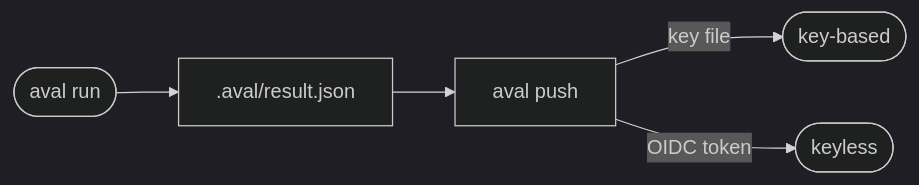
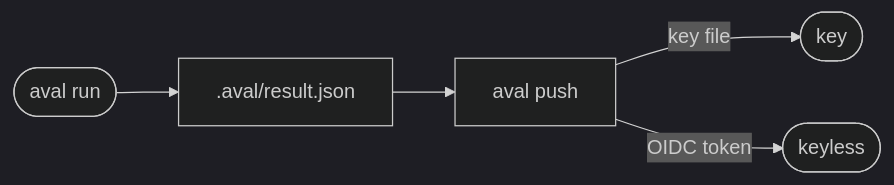
One commit to TrianaLab/aval changed the diagram in docs/guides/signing.md. Above: the diagram before and after it, drawn with Mermaid (dark theme). The commit also changed other lines of this file and 151 other files, not shown here.

````diff
--- a/docs/guides/signing.md
+++ b/docs/guides/signing.md
@@ -5,6 +5,6 @@
 ```mermaid
 flowchart LR
   run([aval run]) --> result[.aval/result.json] --> push[aval push]
-  push -- key file --> keyed([key-based]):::muted
+  push -- key file --> keyed([key]):::muted
   push -- OIDC token --> keyless([keyless]):::ok
 ```
````
